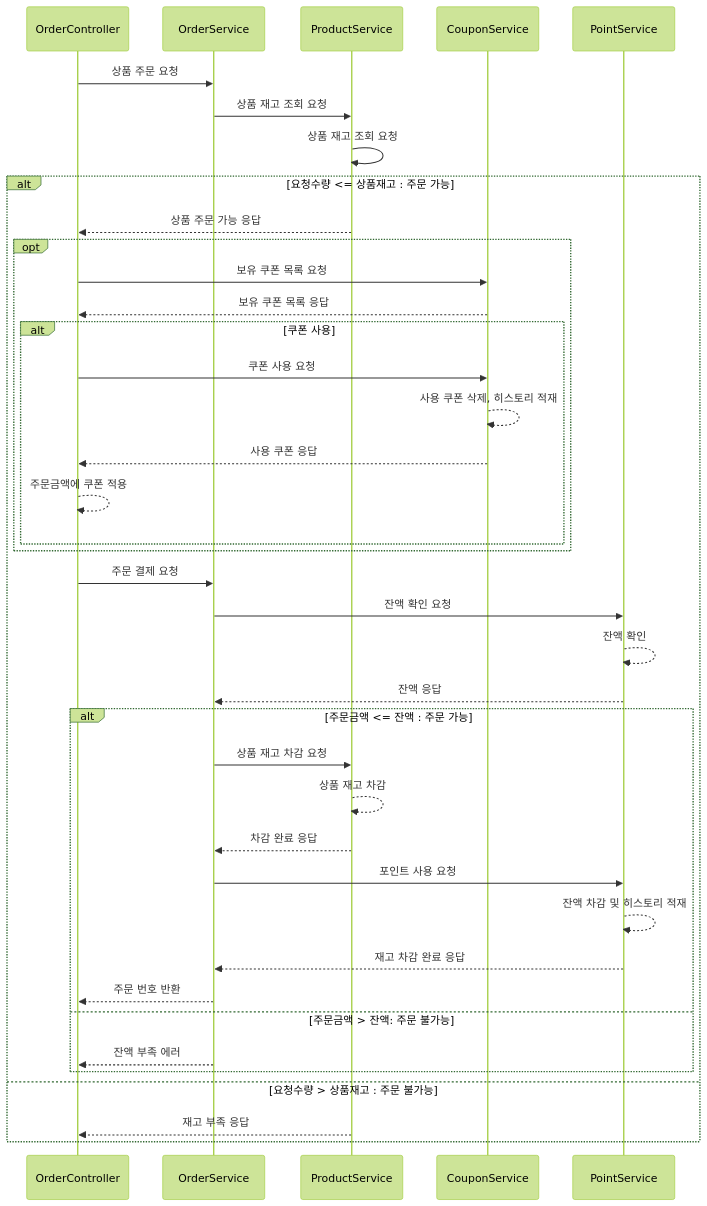
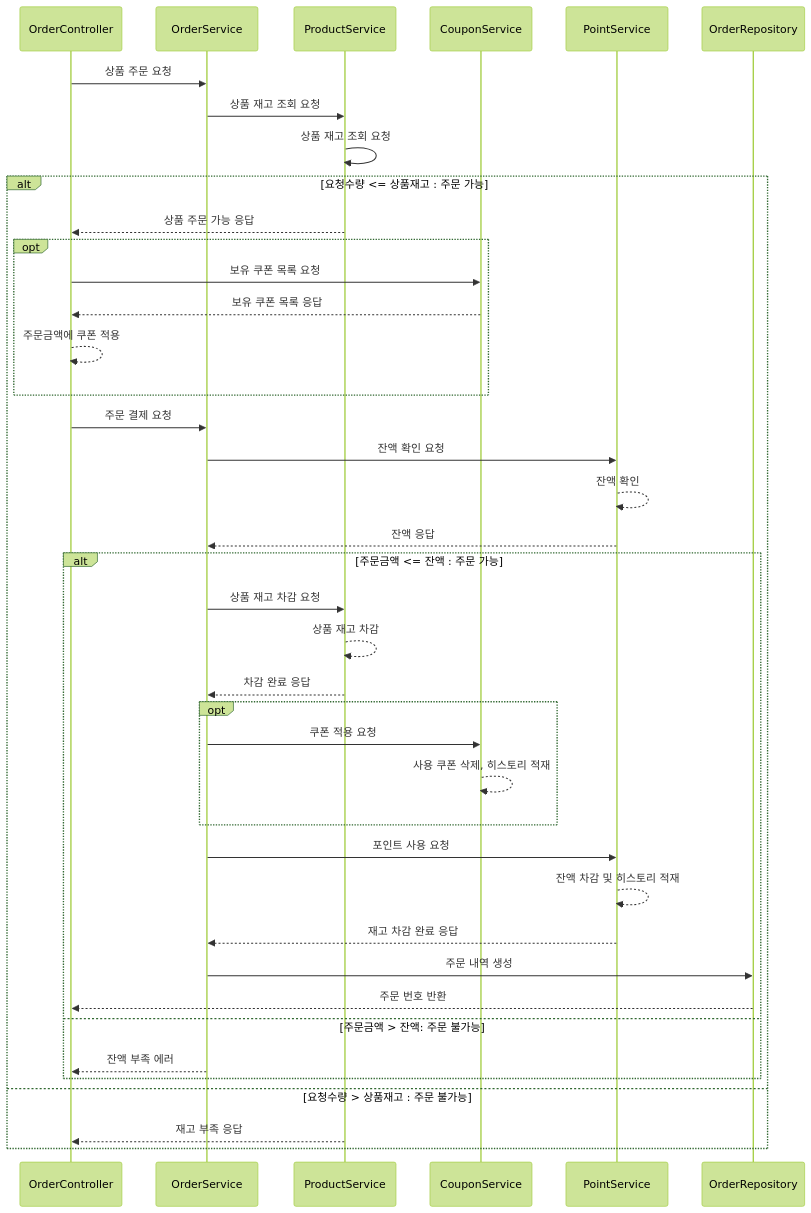
The third of 3 diagrams in README.md (Yuram-Park/hhplus-server-java), drawn with Mermaid (forest theme) before and after one commit. The commit also changed other lines of this file and 2 other files, not shown here.

Commit message:
시퀀스 다이어그램 수정2

````diff
--- a/README.md
+++ b/README.md
@@ -79,36 +75,36 @@
 ```mermaid
 sequenceDiagram
-    OrderController->>OrderService: 상품 주문 요청
-    OrderService->>ProductService: 상품 재고 조회 요청
-    ProductService->>ProductService: 상품 재고 조회 요청
-    alt 요청수량 <= 상품재고 : 주문 가능
-        ProductService-->>OrderController: 상품 주문 가능 응답
-        opt 
-            OrderController->>CouponService: 보유 쿠폰 목록 요청
-            CouponService-->>OrderController: 보유 쿠폰 목록 응답
-            alt 쿠폰 사용
-            OrderController->>CouponService: 쿠폰 사용 요청
-            CouponService-->>CouponService: 사용 쿠폰 삭제, 히스토리 적재
-            CouponService-->>OrderController: 사용 쿠폰 응답
-            OrderController-->>OrderController: 주문금액에 쿠폰 적용
-            end
-        end
-        OrderController->>OrderService: 주문 결제 요청
-        OrderService->>PointService: 잔액 확인 요청
-        PointService-->>PointService: 잔액 확인
-        PointService-->>OrderService: 잔액 응답
-        alt 주문금액 <= 잔액 : 주문 가능
-                OrderService->>ProductService: 상품 재고 차감 요청
-                ProductService-->>ProductService: 상품 재고 차감
-                ProductService-->>OrderService: 차감 완료 응답
-                OrderService->>PointService: 포인트 사용 요청
-                PointService-->>PointService: 잔액 차감 및 히스토리 적재
-                PointService-->>OrderService: 재고 차감 완료 응답
-                OrderService-->>OrderController: 주문 번호 반환
-            else 주문금액 > 잔액: 주문 불가능
-                OrderService-->>OrderController: 잔액 부족 에러
-            end
-    else 요청수량 > 상품재고 : 주문 불가능
-        ProductService-->>OrderController: 재고 부족 응답
+  OrderController ->> OrderService: 상품 주문 요청
+  OrderService ->> ProductService: 상품 재고 조회 요청
+  ProductService ->> ProductService: 상품 재고 조회 요청
+  alt 요청수량 <= 상품재고 : 주문 가능
+    ProductService -->> OrderController: 상품 주문 가능 응답
+    opt 
+      OrderController ->> CouponService: 보유 쿠폰 목록 요청
+      CouponService -->> OrderController: 보유 쿠폰 목록 응답
+      OrderController -->> OrderController: 주문금액에 쿠폰 적용
     end
+    OrderController ->> OrderService: 주문 결제 요청
+    OrderService ->> PointService: 잔액 확인 요청
+    PointService -->> PointService: 잔액 확인
+    PointService -->> OrderService: 잔액 응답
+    alt 주문금액 <= 잔액 : 주문 가능
+      OrderService ->> ProductService: 상품 재고 차감 요청
+      ProductService -->> ProductService: 상품 재고 차감
+      ProductService -->> OrderService: 차감 완료 응답
+      opt 
+        OrderService ->> CouponService: 쿠폰 적용 요청
+        CouponService -->> CouponService: 사용 쿠폰 삭제, 히스토리 적재
+      end
+      OrderService ->> PointService: 포인트 사용 요청
+      PointService -->> PointService: 잔액 차감 및 히스토리 적재
+      PointService -->> OrderService: 재고 차감 완료 응답
+      OrderService ->> OrderRepository: 주문 내역 생성
+      OrderRepository -->> OrderController: 주문 번호 반환
+    else 주문금액 > 잔액: 주문 불가능
+      OrderService -->> OrderController: 잔액 부족 에러
+    end
+  else 요청수량 > 상품재고 : 주문 불가능
+    ProductService -->> OrderController: 재고 부족 응답
+  end
 ```
````
